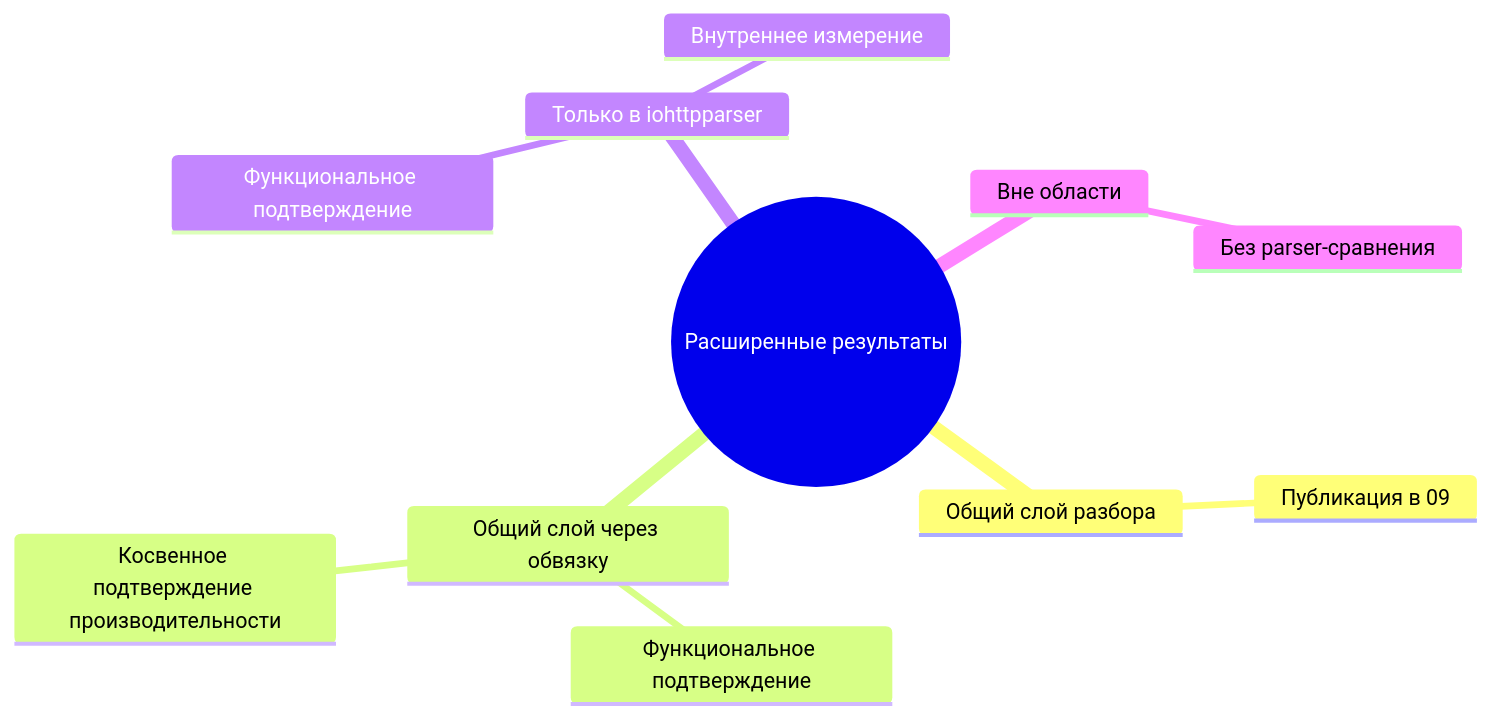
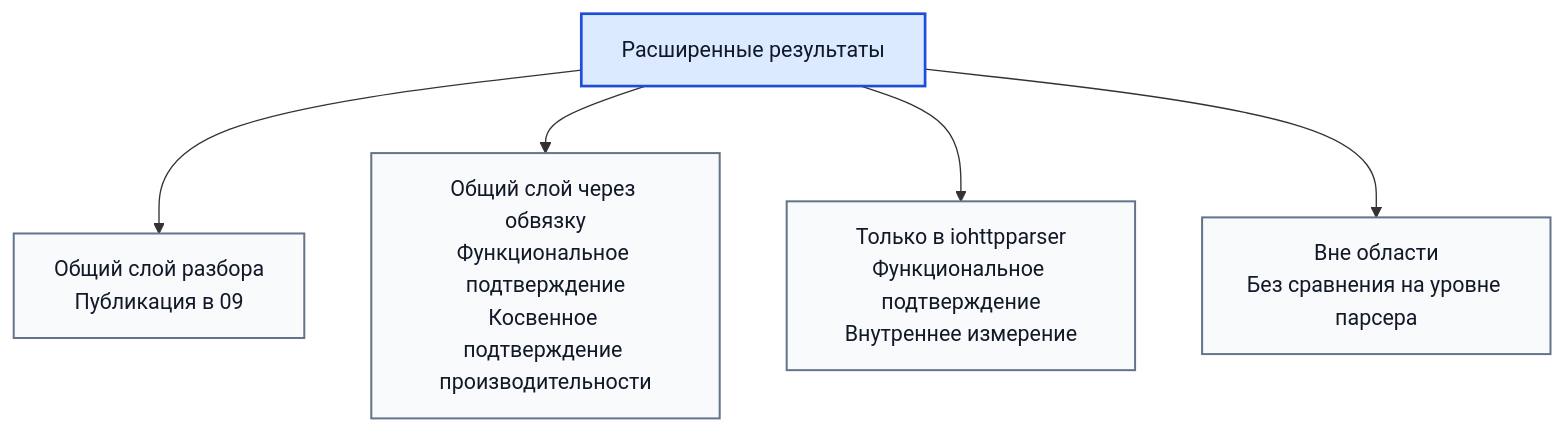
Before and after one commit to ioplane/iohttpparser: the diagram in docs/ru/11-extended-contract-results.md, drawn with Mermaid. The commit also changed other lines of this file and 1 other file, not shown here.

Commit message:
docs: fix extended results diagram theme contrast

````diff
--- a/docs/ru/11-extended-contract-results.md
+++ b/docs/ru/11-extended-contract-results.md
@@ -43,14 +43,19 @@
 ```mermaid
-mindmap
-  root((Расширенные результаты))
-    Общий слой разбора
-      Публикация в 09
-    Общий слой через обвязку
-      Функциональное подтверждение
-      Косвенное подтверждение производительности
-    Только в iohttpparser
-      Функциональное подтверждение
-      Внутреннее измерение
-    Вне области
-      Без parser-сравнения
+flowchart TD
+  A["Расширенные результаты"]
+  B["Общий слой разбора<br/>Публикация в 09"]
+  C["Общий слой через обвязку<br/>Функциональное подтверждение<br/>Косвенное подтверждение производительности"]
+  D["Только в iohttpparser<br/>Функциональное подтверждение<br/>Внутреннее измерение"]
+  E["Вне области<br/>Без сравнения на уровне парсера"]
+
+  A --> B
+  A --> C
+  A --> D
+  A --> E
+
+  classDef root fill:#dbeafe,stroke:#1d4ed8,color:#111827,stroke-width:2px;
+  classDef node fill:#f8fafc,stroke:#64748b,color:#111827,stroke-width:1.5px;
+
+  class A root;
+  class B,C,D,E node;
 ```
````
